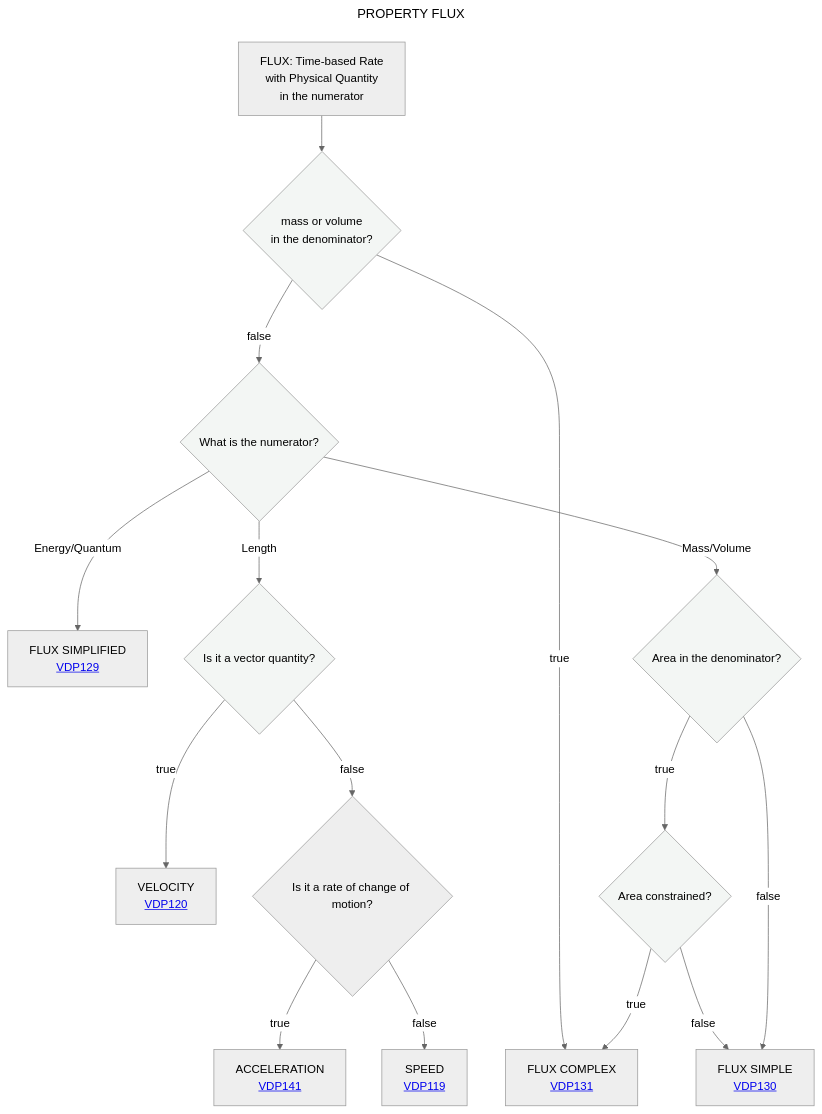
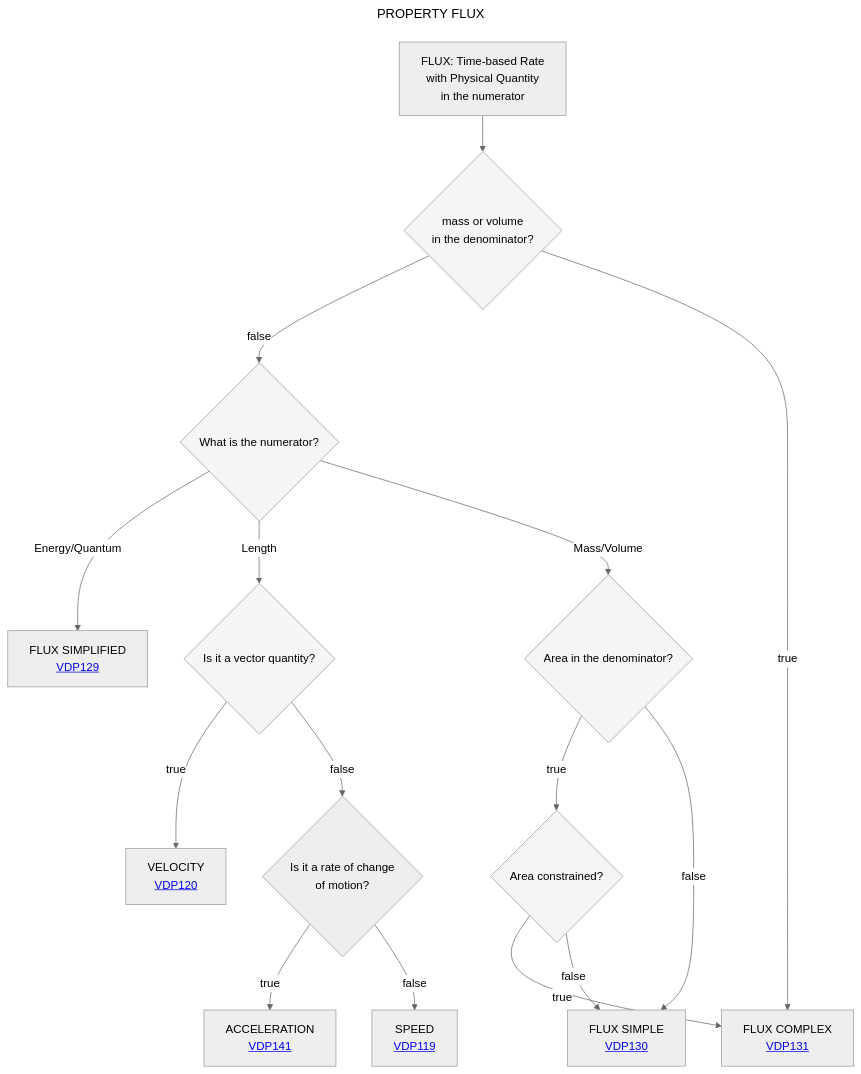
One commit to mabablue/I-ADOPT-patterns-playground changed the diagram in Decisition_trees/DT4.mmd. Above: the diagram before and after it, drawn with Mermaid (neutral theme).

```diff
--- a/Decisition_trees/DT4.mmd
+++ b/Decisition_trees/DT4.mmd
@@ -1,22 +1,22 @@
 ---
 title: PROPERTY FLUX
 ---
 flowchart TD
     A[FLUX: Time-based Rate <br> with Physical Quantity <br> in the numerator] --> B{mass or volume <br> in the denominator?}:::white
     B --> |false|C{What is the numerator?}:::white
     C -- Energy/Quantum--> D[FLUX SIMPLIFIED <br> <a href='https://github.com/mabablue/I-ADOPT-patterns-playground/blob/main/pattern/VDP129.yaml'>VDP129</a>]
     C -- Length --> E{Is it a vector quantity?}:::white
     E --> |true|J[VELOCITY <br> <a href='https://github.com/mabablue/I-ADOPT-patterns-playground/blob/main/pattern/VDP120.yaml'>VDP120</a] 
-    E --> |false|K{Is it a rate of change of motion?}
+    E --> |false|K{Is it a rate of change <br> of motion?}
     K --> |true|L[ACCELERATION <br> <a href='https://github.com/mabablue/I-ADOPT-patterns-playground/blob/main/pattern/VDP141.yaml'>VDP141</a] 
     K --> |false|M[SPEED <br> <a href='https://github.com/mabablue/I-ADOPT-patterns-playground/blob/main/pattern/VDP119.yaml'>VDP119</a] 
     C -- Mass/Volume --> F{Area in the denominator?}:::white
     F --> |true|G{Area constrained?}:::white 
+    F --> |false|I[FLUX SIMPLE <br> <a href='https://github.com/mabablue/I-ADOPT-patterns-playground/blob/main/pattern/VDP130.yaml'>VDP130</a>]
     G --> |true|H[FLUX COMPLEX <br> <a href='https://github.com/mabablue/I-ADOPT-patterns-playground/blob/main/pattern/VDP131.yaml'>VDP131</a>]
-    F --> |false|I[FLUX SIMPLE <br> <a href='https://github.com/mabablue/I-ADOPT-patterns-playground/blob/main/pattern/VDP130.yaml'>VDP130</a>]
     G --> |false|I
     B --> |true|H
    classDef blue fill:#90D5FF
    classDef satblue fill:#57B9FF 
    classDef white fill:#f3f6f4
    classDef green fill:#6aa84f
```
